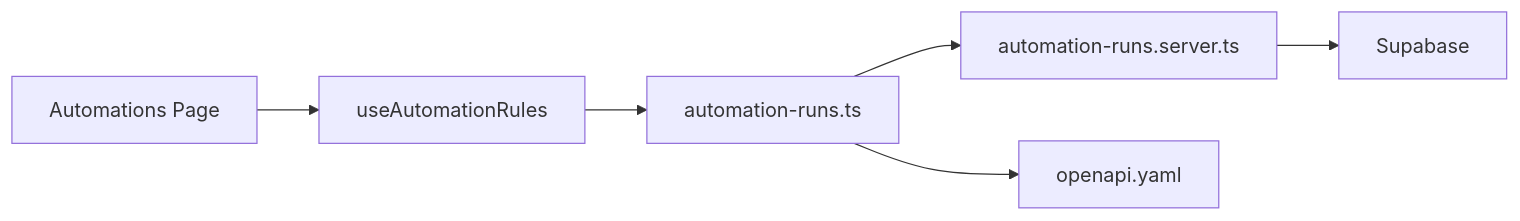
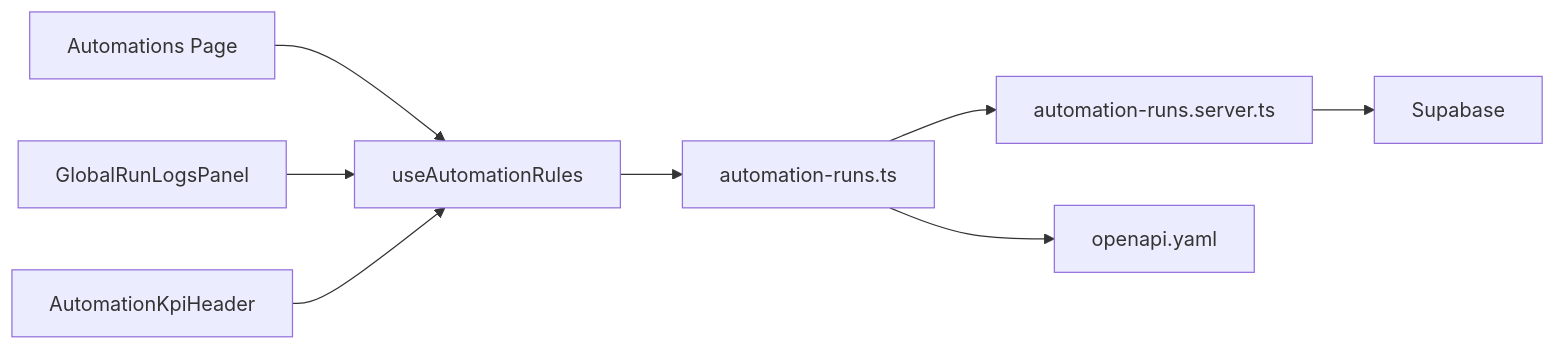
One commit to gastaldellomarco/pcReady changed the ninth of 9 diagrams in .qoder/repowiki/en/content/Automation System/Automation Monitoring and Logs.md. Above: the diagram before and after it, drawn with Mermaid. The commit also changed other lines of this file and 19 other files, not shown here.

First line of the commit message:
feat(automation): enhance Automation Flow Builder with dual-mode design and advanced UI

````diff
--- a/.qoder/repowiki/en/content/Automation System/Automation Monitoring and Logs.md
+++ b/.qoder/repowiki/en/content/Automation System/Automation Monitoring and Logs.md
@@ -339,8 +472,10 @@
 ```mermaid
 graph LR
 UI["Automations Page"] --> Hook["useAutomationRules"]
 Hook --> SF["automation-runs.ts"]
 SF --> RT["automation-runs.server.ts"]
 SF --> OA["openapi.yaml"]
 RT --> DB["Supabase"]
+GlobalPanel["GlobalRunLogsPanel"] --> Hook
+KPI["AutomationKpiHeader"] --> Hook
 ```
````
